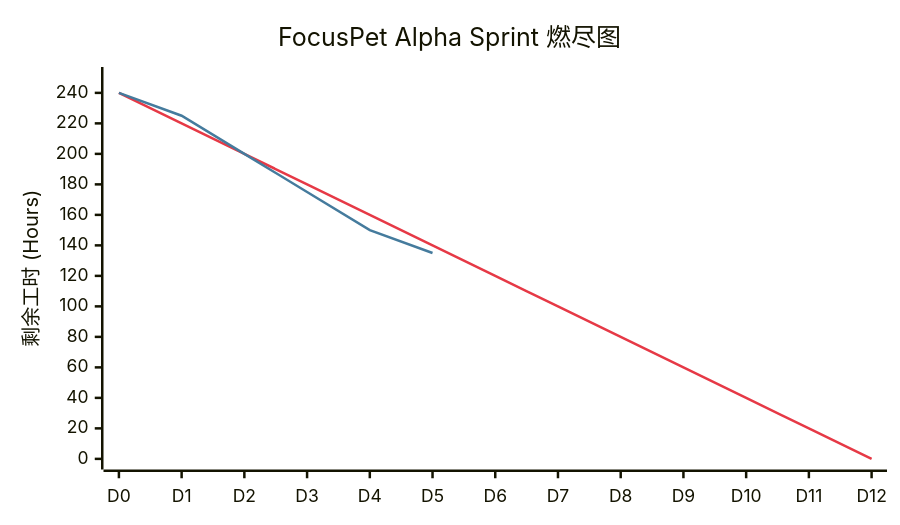
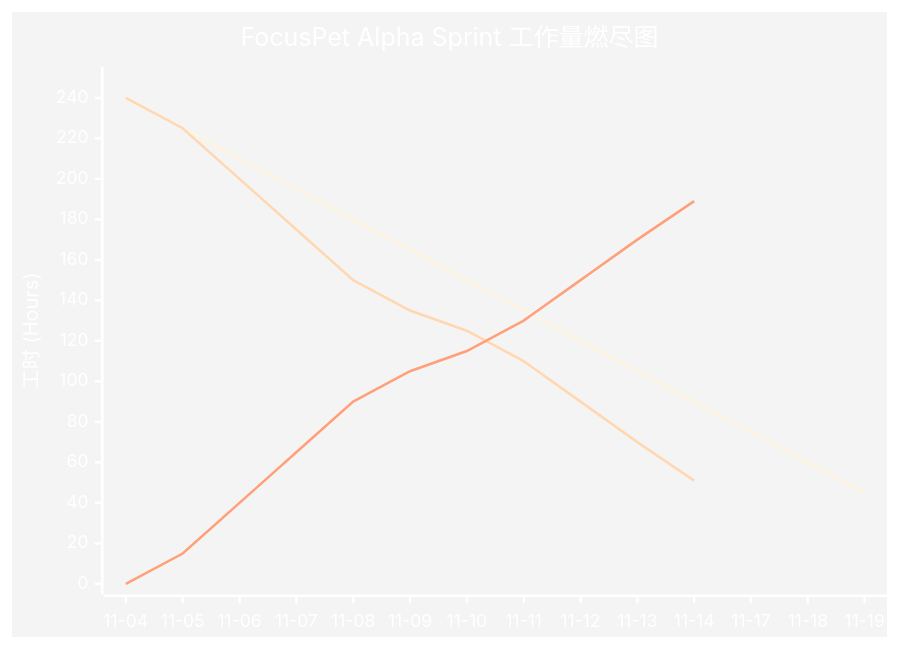
Before and after one commit to milkieTigera/milkieTigera.github.io: the diagram in _posts/2025-11-05-blog-post-11.md, drawn with Mermaid. The commit also changed other lines of this file, not shown here.

````diff
--- a/_posts/2025-11-05-blog-post-11.md
+++ b/_posts/2025-11-05-blog-post-11.md
@@ -341,19 +67,10 @@
 ```mermaid
----
-config:
-    xyChart:
-        width: 700
-        height: 400
-    themeVariables:
-        xyChart:
-            plotColorPalette: "#e63946, #457b9d"
----
+%%{init: {'theme':'base', 'themeVariables': { 'primaryColor':'#ba1010ff','primaryTextColor':'#fff','primaryBorderColor':'#7C0000','lineColor':'#c4870dff','secondaryColor':'#03ac03ff','tertiaryColor':'#fff'}}}%%
 xychart-beta
-    title "FocusPet Alpha Sprint 燃尽图"
-    x-axis ["D0", "D1", "D2", "D3", "D4", "D5", "D6", "D7", "D8", "D9", "D10", "D11", "D12"]
-    y-axis "剩余工时 (Hours)" 0 --> 250
-    %% 下面第一行是理想线 (240 -> 0)
-    line [240, 220, 200, 180, 160, 140, 120, 100, 80, 60, 40, 20, 0]
-    %% 下面第二行是实际剩余工时 (你需要每天修改这里的数字)
-    line [240, 225, 200, 175, 150, 135]
+    title "FocusPet Alpha Sprint 工作量燃尽图"
+    x-axis ["11-04", "11-05", "11-06", "11-07", "11-08", "11-09", "11-10", "11-11", "11-12", "11-13", "11-14", "11-17", "11-18", "11-19"]
+    y-axis "工时 (Hours)" 0 --> 250
+    line "预估剩余时间" [240, 225, 210, 195, 180, 165, 150, 135, 120, 105, 90, 75, 60, 45]
+    line "实际剩余时间" [240, 225, 200, 175, 150, 135, 125, 110, 90, 70, 51]
+    line "实际完成时间" [0, 15, 40, 65, 90, 105, 115, 130, 150, 170, 189]
 ```
````
